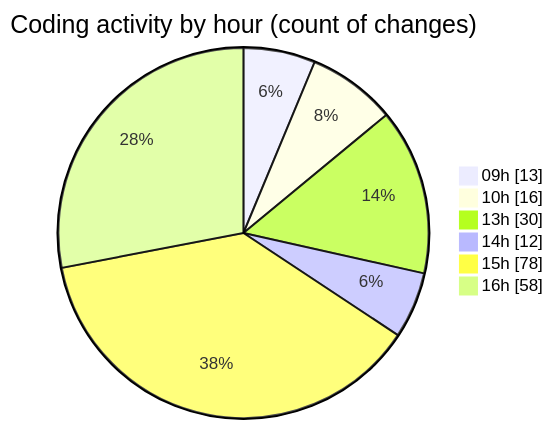
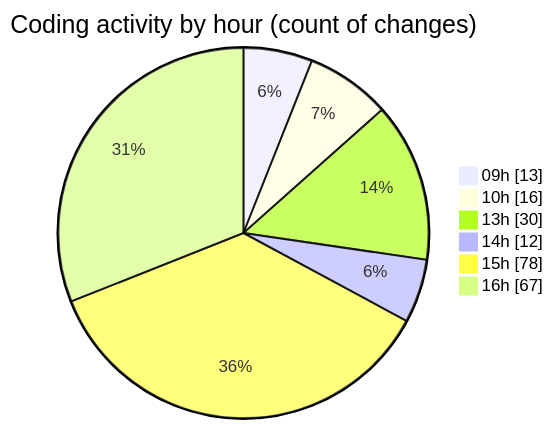
One commit to momahboobian/code-tracking changed the second of 2 diagrams in 2025-03-31/cda/README.md. Above: the diagram before and after it, drawn with Mermaid. The commit also changed other lines of this file and 1 other file, not shown here.

````diff
--- a/2025-03-31/cda/README.md
+++ b/2025-03-31/cda/README.md
@@ -50,10 +50,10 @@
 ```mermaid
 pie showData
 title Coding activity by hour (count of changes)
 "09h" : 13
 "10h" : 16
 "13h" : 30
 "14h" : 12
 "15h" : 78
-"16h" : 58
+"16h" : 67
 ```
````
